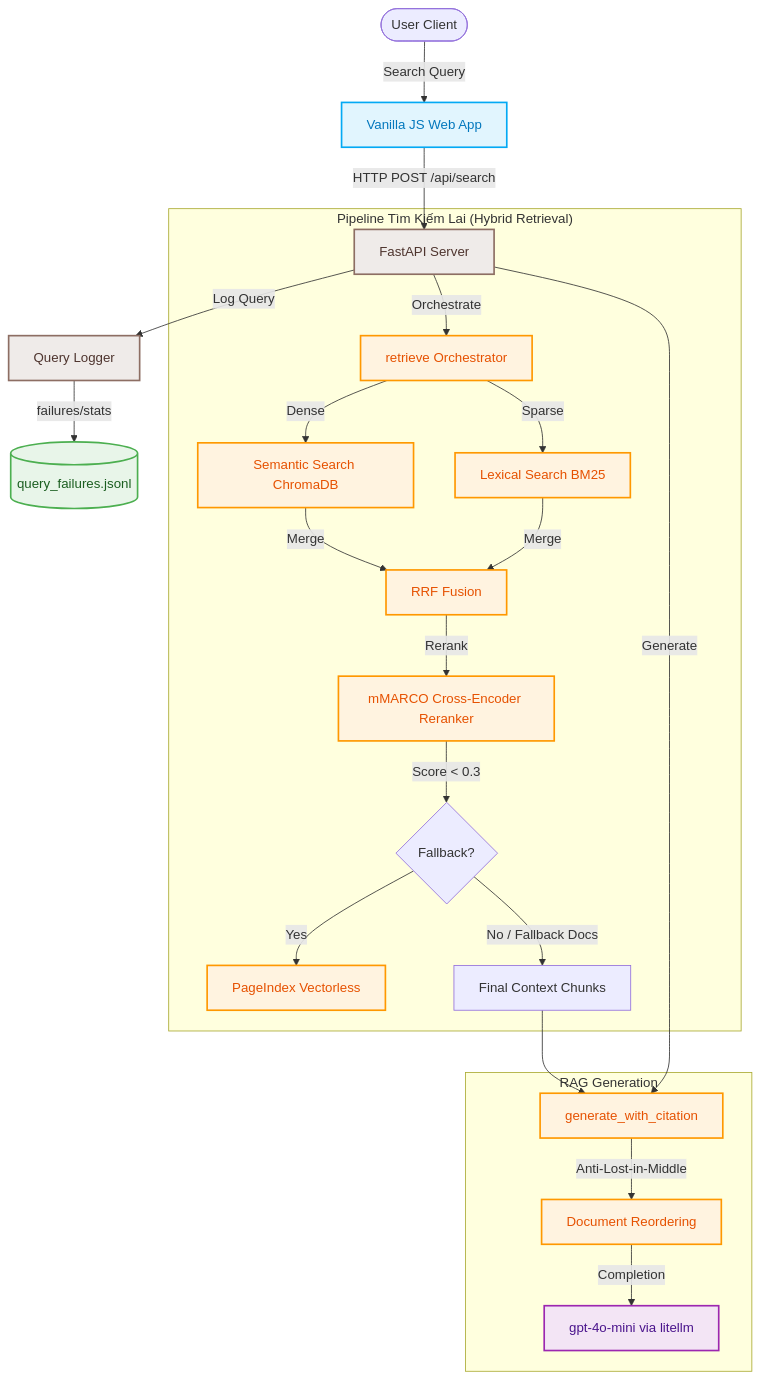
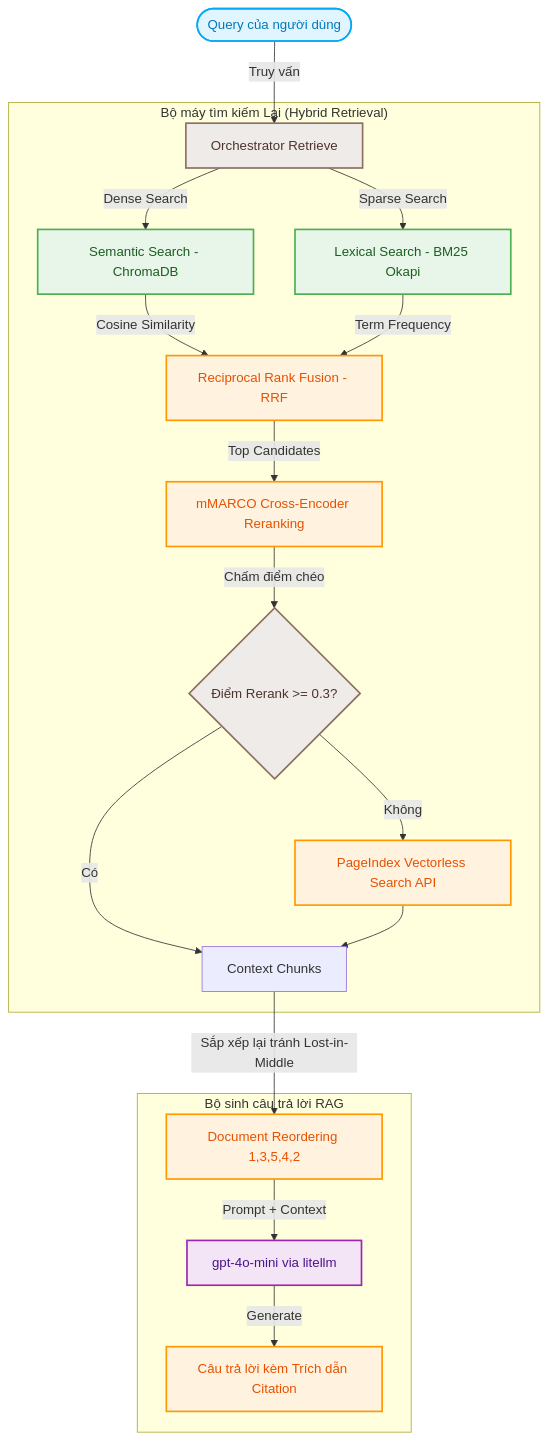
Before and after one commit to WinestrytoCode/2A202600723-NguyenThiVang-Day08_RAG_pipeline_cohort2: the diagram in personal_project/723-nguyenthivang-personal/README.md, drawn with Mermaid. The commit also changed other lines of this file and 13 other files, not shown here.

````diff
--- a/personal_project/723-nguyenthivang-personal/README.md
+++ b/personal_project/723-nguyenthivang-personal/README.md
@@ -25,37 +13,37 @@
 ```mermaid
 graph TD
     classDef client fill:#e1f5fe,stroke:#03a9f4,stroke-width:2px,color:#0277bd;
     classDef server fill:#efebe9,stroke:#8d6e63,stroke-width:2px,color:#4e342e;
     classDef db fill:#e8f5e9,stroke:#4caf50,stroke-width:2px,color:#1b5e20;
     classDef model fill:#f3e5f5,stroke:#9c27b0,stroke-width:2px,color:#4a148c;
     classDef pipe fill:#fff3e0,stroke:#ff9800,stroke-width:2px,color:#e65100;
     
-    User([User Client]) -->|Search Query| WebUI[Vanilla JS Web App]
-    WebUI -->|HTTP POST /api/search| API[FastAPI Server]
-    API -->|Log Query| QueryLogger[Query Logger]
-    QueryLogger -->|failures/stats| JSONL[("query_failures.jsonl")]
+    UserQuery([Query của người dùng]) -->|Truy vấn| Pipeline[Orchestrator Retrieve]
     
-    subgraph Retrieval ["Pipeline Tìm Kiếm Lai (Hybrid Retrieval)"]
-        API -->|Orchestrate| Retrieve[retrieve Orchestrator]
-        Retrieve -->|Dense| Dense[Semantic Search ChromaDB]
-        Retrieve -->|Sparse| Sparse[Lexical Search BM25]
-        Dense & Sparse -->|Merge| Fusion[RRF Fusion]
-        Fusion -->|Rerank| Rerank[mMARCO Cross-Encoder Reranker]
-        Rerank -->|Score < 0.3| FallbackCheck{Fallback?}
-        FallbackCheck -->|Yes| PageIndex[PageIndex Vectorless]
-        FallbackCheck -->|No / Fallback Docs| FinalDocs[Final Context Chunks]
+    subgraph Retrieval ["Bộ máy tìm kiếm Lai (Hybrid Retrieval)"]
+        Pipeline -->|Dense Search| Semantic[Semantic Search - ChromaDB]
+        Pipeline -->|Sparse Search| Lexical[Lexical Search - BM25 Okapi]
+        
+        Semantic -->|Cosine Similarity| Fusion[Reciprocal Rank Fusion - RRF]
+        Lexical -->|Term Frequency| Fusion
+        
+        Fusion -->|Top Candidates| Reranker[mMARCO Cross-Encoder Reranking]
+        Reranker -->|Chấm điểm chéo| ScoreCheck{Điểm Rerank >= 0.3?}
+        
+        ScoreCheck -->|Không| Fallback[PageIndex Vectorless Search API]
+        ScoreCheck -->|Có| Context[Context Chunks]
+        Fallback --> Context
     end
     
-    subgraph Generation ["RAG Generation"]
-        API -->|Generate| Gen[generate_with_citation]
-        FinalDocs --> Gen
-        Gen -->|Anti-Lost-in-Middle| Reorder[Document Reordering]
-        Reorder -->|Completion| LLM[gpt-4o-mini via litellm]
+    subgraph Generation ["Bộ sinh câu trả lời RAG"]
+        Context -->|Sắp xếp lại tránh Lost-in-Middle| Reorder[Document Reordering 1,3,5,4,2]
+        Reorder -->|Prompt + Context| LLM[gpt-4o-mini via litellm]
+        LLM -->|Generate| Answer[Câu trả lời kèm Trích dẫn Citation]
     end
     
-    class WebUI client;
-    class API,QueryLogger server;
-    class JSONL db;
+    class UserQuery client;
+    class Pipeline,ScoreCheck server;
+    class Semantic,Lexical db;
     class LLM model;
-    class Retrieve,Dense,Sparse,Fusion,Rerank,PageIndex,Gen,Reorder pipe;
+    class Fusion,Reranker,Fallback,Reorder,Answer pipe;
 ```
````
